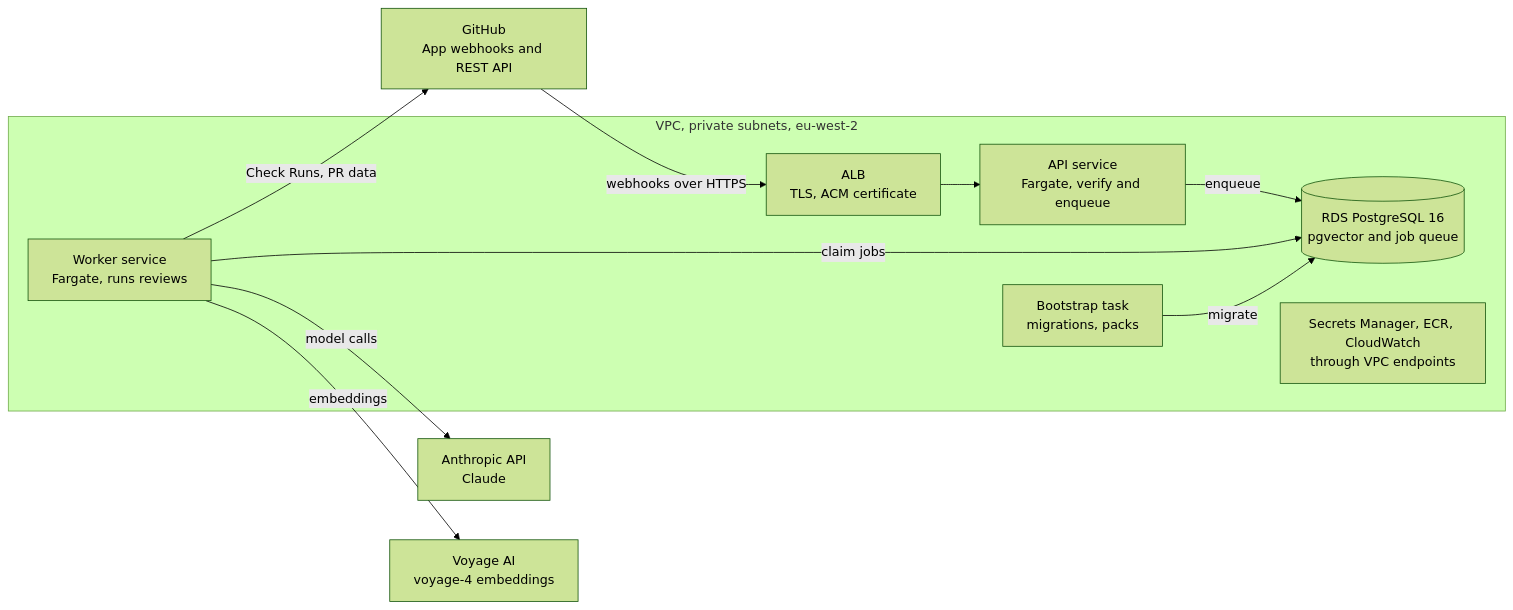
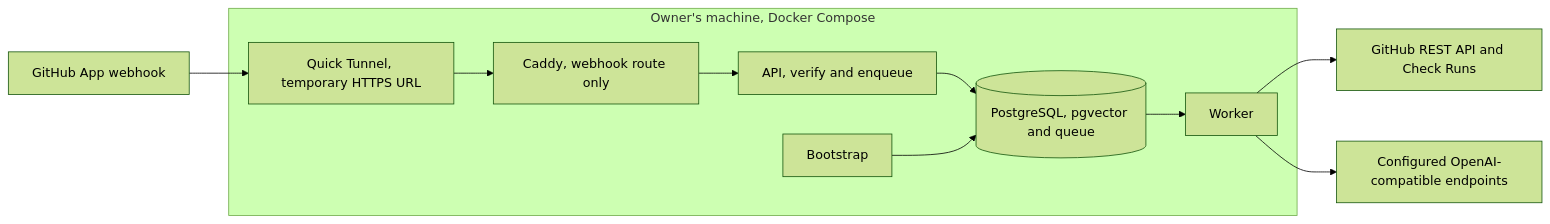
One commit to leotemtem/RepoMonster changed the diagram in docs/roadmap.md. Above: the diagram before and after it, drawn with Mermaid (forest theme). The commit also changed other lines of this file and 8 other files, not shown here.

````diff
--- a/docs/roadmap.md
+++ b/docs/roadmap.md
@@ -57,21 +63,12 @@
 ```mermaid
 flowchart LR
-    GH[GitHub<br/>App webhooks and REST API]
-    LLM[Anthropic API<br/>Claude]
-    EMB[Voyage AI<br/>voyage-4 embeddings]
-    subgraph VPC[VPC, private subnets, eu-west-2]
-        ALB[ALB<br/>TLS, ACM certificate]
-        API[API service<br/>Fargate, verify and enqueue]
-        WRK[Worker service<br/>Fargate, runs reviews]
-        RDS[(RDS PostgreSQL 16<br/>pgvector and job queue)]
-        BOOT[Bootstrap task<br/>migrations, packs]
-        PLAT[Secrets Manager, ECR, CloudWatch<br/>through VPC endpoints]
+    GH[GitHub App webhook] --> T[Quick Tunnel, temporary HTTPS URL]
+    subgraph Local[Owner's machine, Docker Compose]
+        T --> C[Caddy, webhook route only] --> API[API, verify and enqueue]
+        API --> DB[(PostgreSQL, pgvector and queue)]
+        BOOT[Bootstrap] --> DB
+        DB --> WRK[Worker]
     end
-    GH -- webhooks over HTTPS --> ALB --> API
-    API -- enqueue --> RDS
-    WRK -- claim jobs --> RDS
-    BOOT -- migrate --> RDS
-    WRK -- Check Runs, PR data --> GH
-    WRK -- model calls --> LLM
-    WRK -- embeddings --> EMB
+    WRK --> GHA[GitHub REST API and Check Runs]
+    WRK --> MODEL[Configured OpenAI-compatible endpoints]
 ```
````
